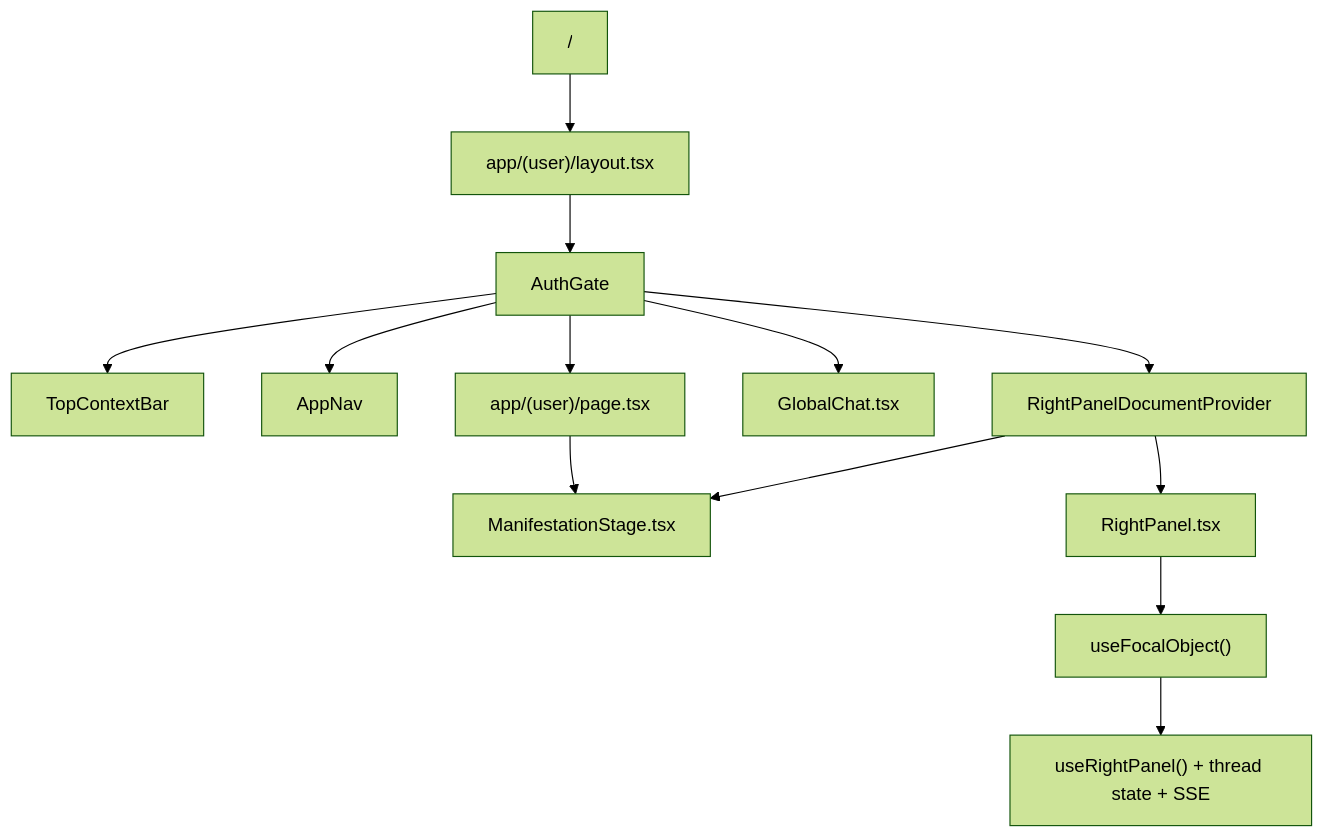
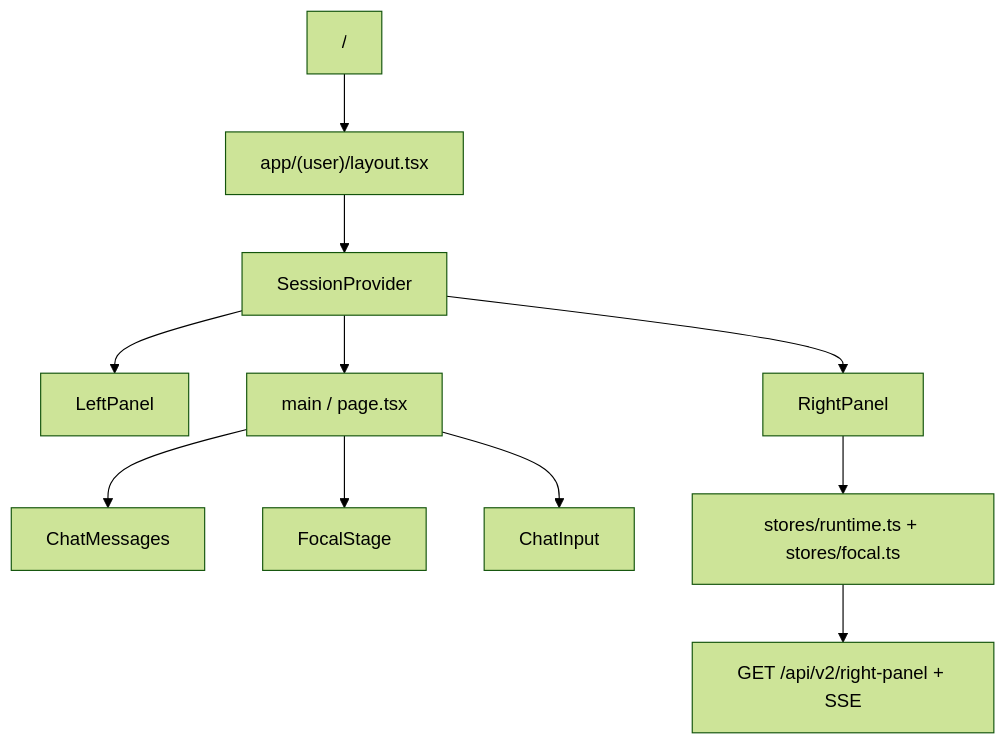
The diagram in README.md (adrien-debug/hearst-agents), drawn with Mermaid (forest theme) before and after one commit. The commit also changed other lines of this file and 78 other files, not shown here.

````diff
--- a/README.md
+++ b/README.md
@@ -99,15 +110,13 @@
 ```mermaid
 flowchart TD
   A["/"] --> B["app/(user)/layout.tsx"]
-  B --> C["AuthGate"]
-  C --> D["TopContextBar"]
-  C --> E["AppNav"]
-  C --> F["app/(user)/page.tsx"]
-  F --> G["ManifestationStage.tsx"]
-  C --> H["GlobalChat.tsx"]
-  C --> R["RightPanelDocumentProvider"]
-  R --> I["RightPanel.tsx"]
-  R --> G
-  I --> J["useFocalObject()"]
-  J --> K["useRightPanel() + thread state + SSE"]
+  B --> C["SessionProvider"]
+  C --> D["LeftPanel"]
+  C --> E["main / page.tsx"]
+  C --> F["RightPanel"]
+  E --> G["ChatMessages"]
+  E --> H["FocalStage"]
+  E --> I["ChatInput"]
+  F --> J["stores/runtime.ts + stores/focal.ts"]
+  J --> K["GET /api/v2/right-panel + SSE"]
 ```
````
